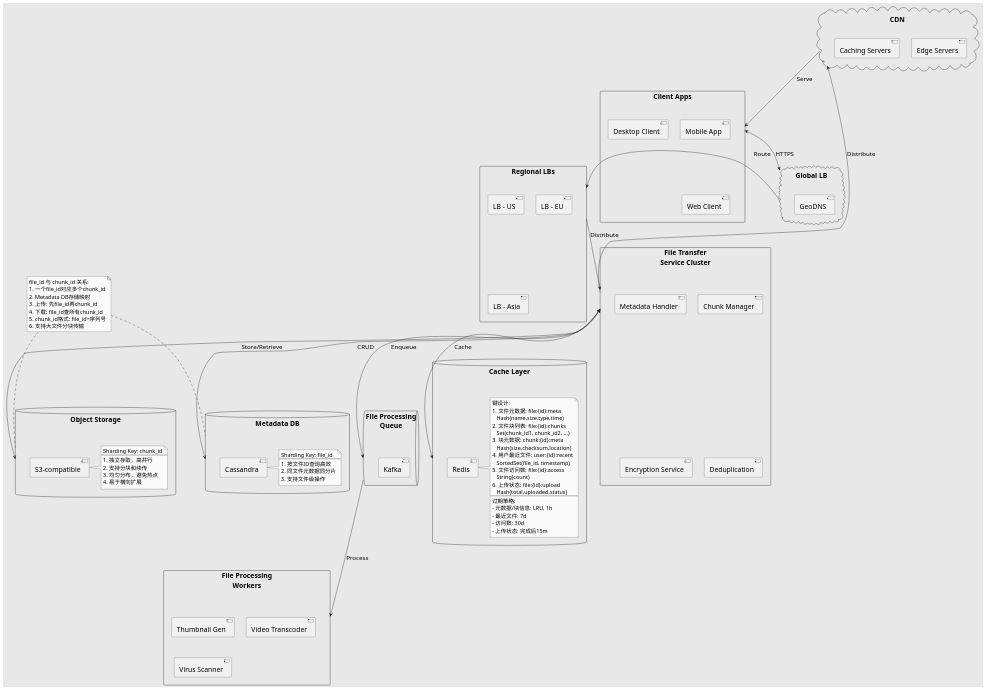
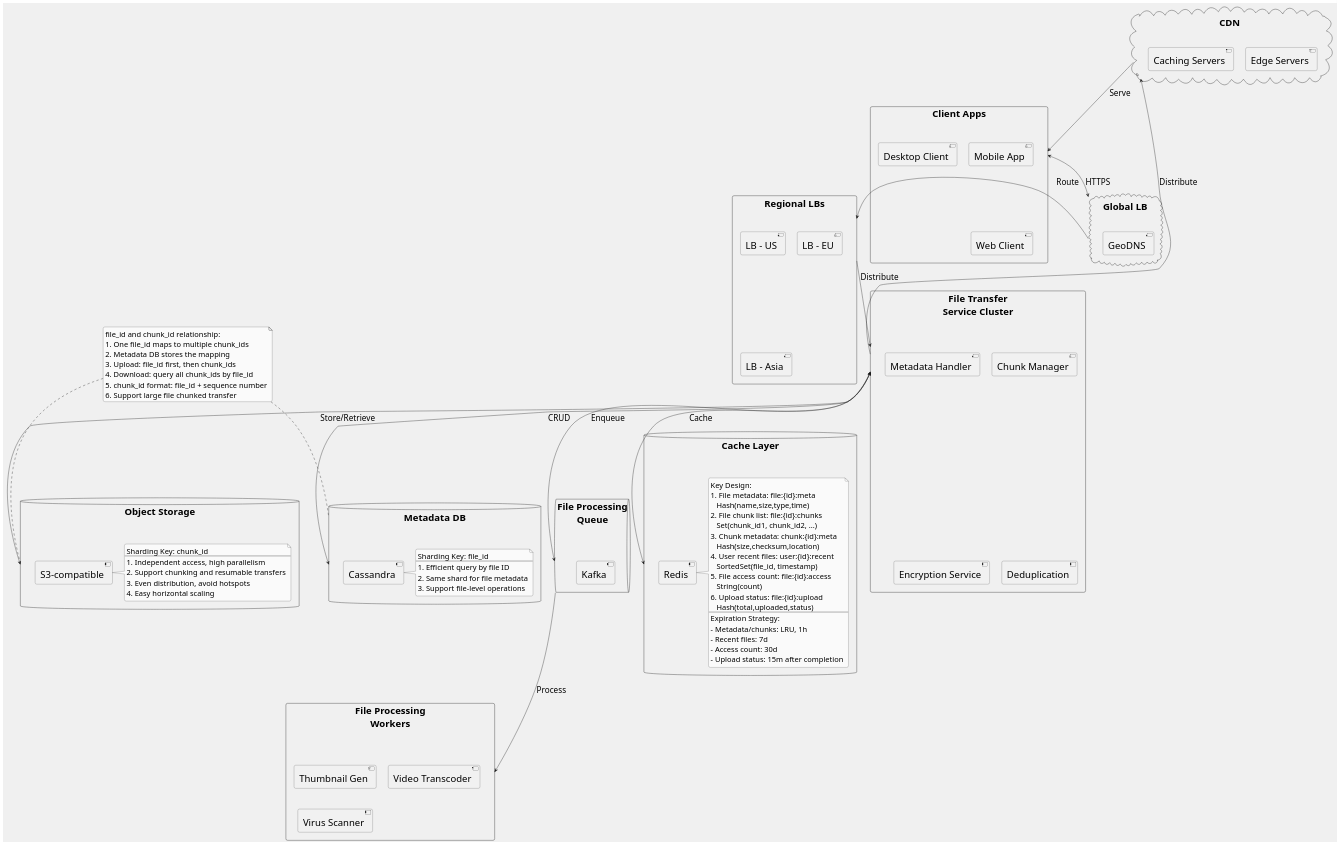
Before and after one commit to huangyingw/system_design: the diagram in telegram/uml_diagrams/Telegram_File_Transfer_And_Storage.puml, drawn with PlantUML.

```diff
--- a/telegram/uml_diagrams/Telegram_File_Transfer_And_Storage.puml
+++ b/telegram/uml_diagrams/Telegram_File_Transfer_And_Storage.puml
@@ -1,114 +1,118 @@
 @startuml Telegram_File_Transfer_And_Storage_Optimized
 
-skinparam backgroundColor #E6E6FA
+' Set theme and styling
+skinparam backgroundColor #F0F0F0
 skinparam handwritten false
 skinparam monochrome true
 skinparam packageStyle rectangle
 skinparam defaultFontName Arial
-skinparam defaultFontSize 20
-skinparam ArrowFontSize 18
-skinparam NoteFontSize 16
+skinparam defaultFontSize 28
+skinparam ArrowFontSize 24
+skinparam NoteFontSize 22
+skinparam roundcorner 10
+skinparam shadowing false
 
+' Define components
 rectangle "Client Apps" as CA {
     [Mobile App]
     [Desktop Client]
     [Web Client]
 }
 
 cloud "Global LB" as GLB {
     [GeoDNS]
 }
 
 rectangle "Regional LBs" as RLB {
     [LB - US]
     [LB - EU]
     [LB - Asia]
 }
 
 rectangle "File Transfer\nService Cluster" as FTSC {
     [Chunk Manager]
     [Metadata Handler]
     [Encryption Service]
     [Deduplication]
 }
 
 database "Metadata DB" as MDB {
     [Cassandra]
     note right of [Cassandra]
         Sharding Key: file_id
         --
-        1. 按文件ID查询高效
-        2. 同文件元数据同分片
-        3. 支持文件级操作
+        1. Efficient query by file ID
+        2. Same shard for file metadata
+        3. Support file-level operations
     end note
 }
 
 database "Object Storage" as OS {
     [S3-compatible]
     note right of [S3-compatible]
         Sharding Key: chunk_id
         --
-        1. 独立存取，高并行
-        2. 支持分块和续传
-        3. 均匀分布，避免热点
-        4. 易于横向扩展
+        1. Independent access, high parallelism
+        2. Support chunking and resumable transfers
+        3. Even distribution, avoid hotspots
+        4. Easy horizontal scaling
     end note
 }
 
 cloud "CDN" as CDN {
     [Edge Servers]
     [Caching Servers]
 }
 
 queue "File Processing\nQueue" as FPQ {
     [Kafka]
 }
 
 database "Cache Layer" as CL {
     [Redis]
     note right of [Redis]
-        键设计:
-        1. 文件元数据: file:{id}:meta
+        Key Design:
+        1. File metadata: file:{id}:meta
            Hash(name,size,type,time)
-        2. 文件块列表: file:{id}:chunks
+        2. File chunk list: file:{id}:chunks
            Set(chunk_id1, chunk_id2, ...)
-        3. 块元数据: chunk:{id}:meta
+        3. Chunk metadata: chunk:{id}:meta
            Hash(size,checksum,location)
-        4. 用户最近文件: user:{id}:recent
+        4. User recent files: user:{id}:recent
            SortedSet(file_id, timestamp)
-        5. 文件访问数: file:{id}:access
+        5. File access count: file:{id}:access
            String(count)
-        6. 上传状态: file:{id}:upload
+        6. Upload status: file:{id}:upload
            Hash(total,uploaded,status)
         --
-        过期策略:
-        - 元数据/块信息: LRU, 1h
-        - 最近文件: 7d
-        - 访问数: 30d
-        - 上传状态: 完成后15m
+        Expiration Strategy:
+        - Metadata/chunks: LRU, 1h
+        - Recent files: 7d
+        - Access count: 30d
+        - Upload status: 15m after completion
     end note
 }
 
 rectangle "File Processing\nWorkers" as FPW {
     [Thumbnail Gen]
     [Video Transcoder]
     [Virus Scanner]
 }
 
+' Define relationships
 CA <--> GLB : HTTPS
 GLB --> RLB : Route
 RLB --> FTSC : Distribute
 FTSC <--> MDB : CRUD
 FTSC <--> OS : Store/Retrieve
 FTSC --> CDN : Distribute
 CDN --> CA : Serve
 FTSC --> FPQ : Enqueue
 FPQ --> FPW : Process
 FTSC <--> CL : Cache
 
-note "file_id 与 chunk_id 关系:\n1. 一个file_id对应多个chunk_id\n2. Metadata DB存储映射\n3. 上传: 先file_id再chunk_id\n4. 下载: file_id查所有chunk_id\n5. chunk_id格式: file_id+序列号\n6. 支持大文件分块传输" as Rel
-
+note "file_id and chunk_id relationship:\n1. One file_id maps to multiple chunk_ids\n2. Metadata DB stores the mapping\n3. Upload: file_id first, then chunk_ids\n4. Download: query all chunk_ids by file_id\n5. chunk_id format: file_id + sequence number\n6. Support large file chunked transfer" as Rel
 Rel .. MDB
 Rel .. OS
 
 @enduml
```
